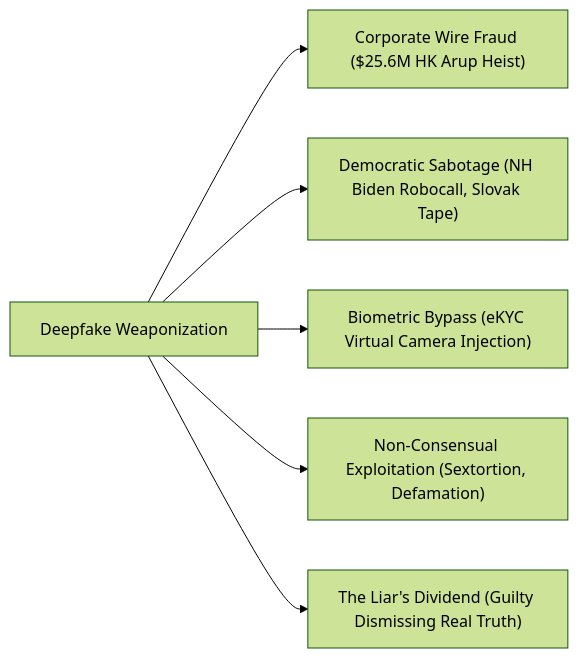
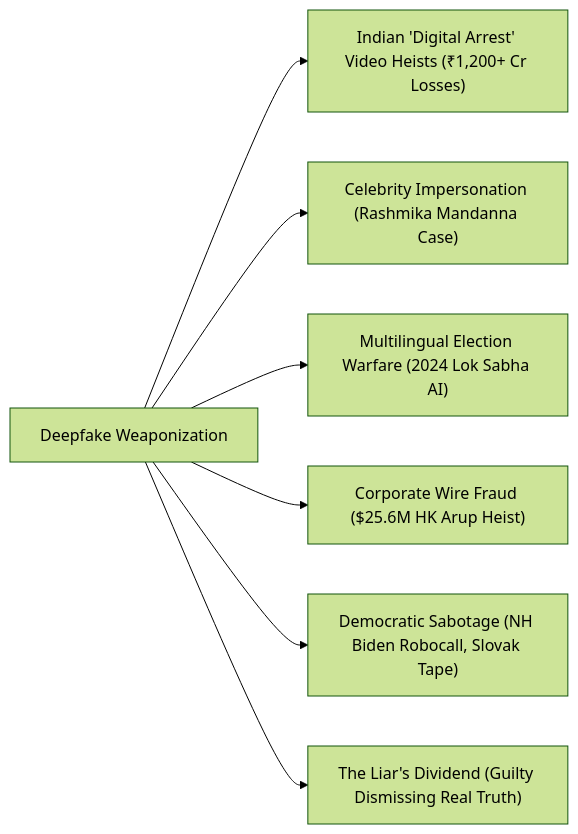
The second of 3 diagrams in README.md (Omnifex-Agency/deepfake), drawn with Mermaid (forest theme) before and after one commit. The commit also changed other lines of this file and 9 other files, not shown here.

First line of the commit message:
feat: incorporate comprehensive Indian deepfake research, datasets, legal frameworks, and case studies

````diff
--- a/README.md
+++ b/README.md
@@ -74,9 +75,10 @@
 ```mermaid
 graph LR
     Threats["Deepfake Weaponization"]
+    Threats --> IndiaScam["Indian 'Digital Arrest' Video Heists (₹1,200+ Cr Losses)"]
+    Threats --> IndiaNCII["Celebrity Impersonation (Rashmika Mandanna Case)"]
+    Threats --> IndiaElect["Multilingual Election Warfare (2024 Lok Sabha AI)"]
     Threats --> Fin["Corporate Wire Fraud ($25.6M HK Arup Heist)"]
     Threats --> Elect["Democratic Sabotage (NH Biden Robocall, Slovak Tape)"]
-    Threats --> Bio["Biometric Bypass (eKYC Virtual Camera Injection)"]
-    Threats --> NCII["Non-Consensual Exploitation (Sextortion, Defamation)"]
     Threats --> Liar["The Liar's Dividend (Guilty Dismissing Real Truth)"]
 ```
````
